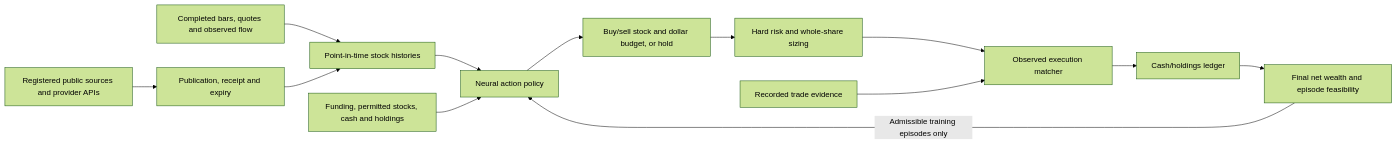
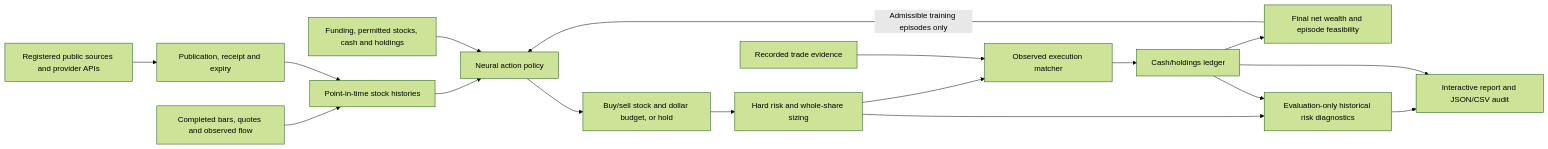
Before and after one commit to Leaf-Ye-103/StockTrade: the diagram in docs/architecture.md, drawn with Mermaid (forest theme). The commit also changed other lines of this file and 18 other files, not shown here.

Commit message:
Add evaluation-only decision risk analytics and interactive dashboards

````diff
--- a/docs/architecture.md
+++ b/docs/architecture.md
@@ -5,15 +5,19 @@
 ```mermaid
 flowchart LR
     O[Registered public sources and provider APIs] --> I[Publication, receipt and expiry]
     B[Completed bars, quotes and observed flow] --> F[Point-in-time stock histories]
     I --> F
     F --> M[Neural action policy]
     C[Funding, permitted stocks, cash and holdings] --> M
     M --> A[Buy/sell stock and dollar budget, or hold]
     A --> R[Hard risk and whole-share sizing]
     R --> X[Observed execution matcher]
     T[Recorded trade evidence] --> X
     X --> P[Cash/holdings ledger]
     P --> V[Final net wealth and episode feasibility]
     V -->|Admissible training episodes only| M
+    R --> D[Evaluation-only historical risk diagnostics]
+    P --> D
+    D --> H[Interactive report and JSON/CSV audit]
+    P --> H
 ```
````
